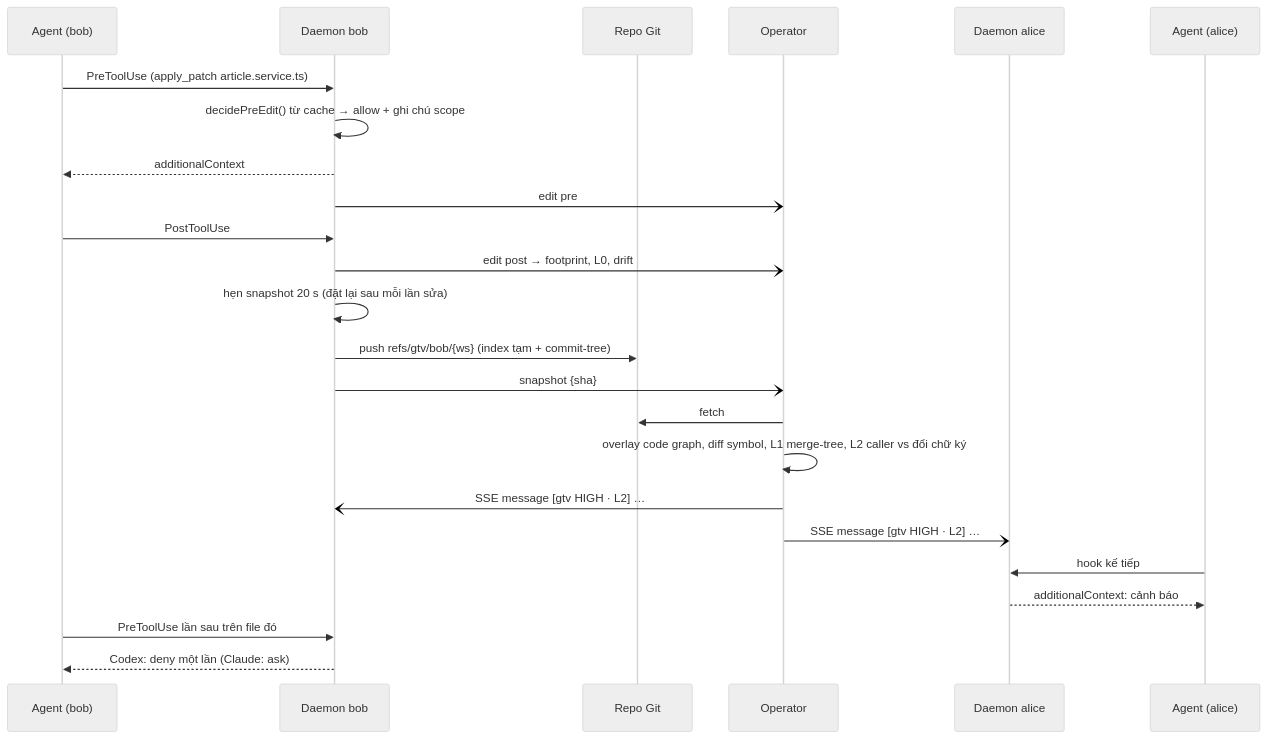
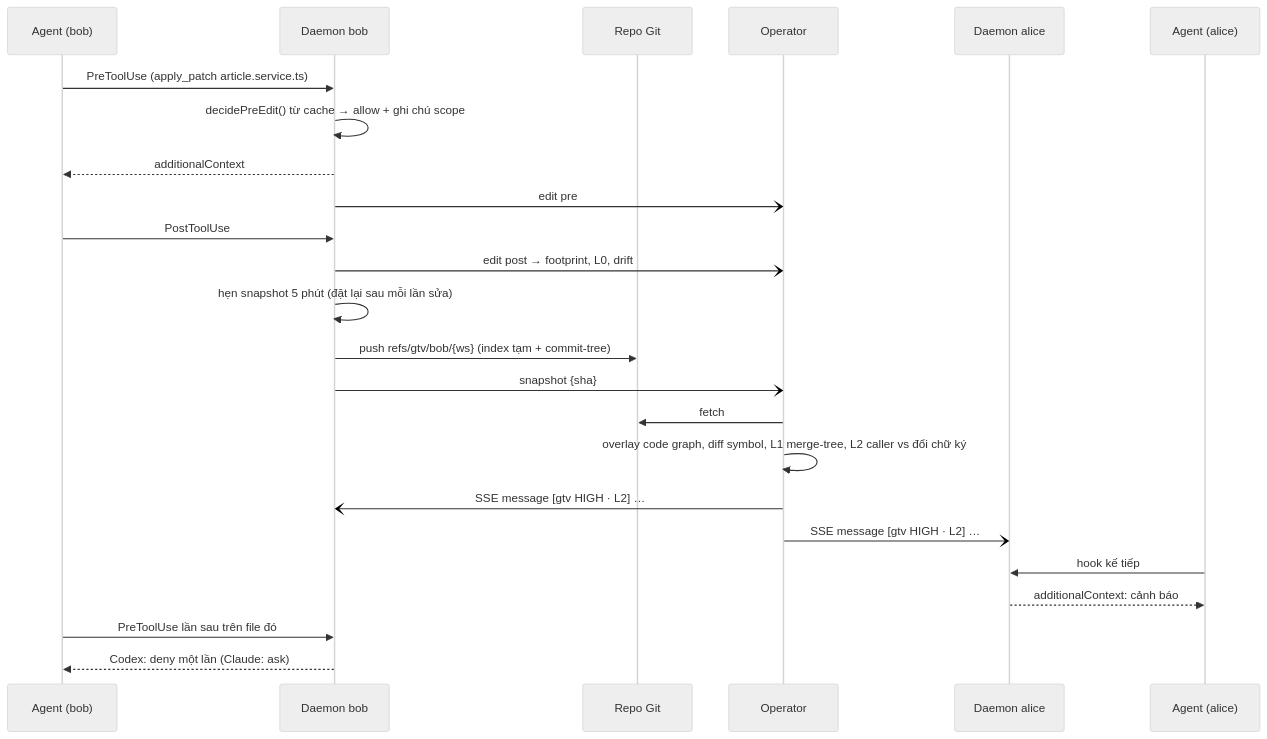
Before and after one commit to hienduc14/guide-the-vibe: the fifth of 7 diagrams in docs/hooks.md, drawn with Mermaid (neutral theme). The commit also changed other lines of this file and 7 other files, not shown here.

````diff
--- a/docs/hooks.md
+++ b/docs/hooks.md
@@ -176,26 +176,26 @@
 ```mermaid
 sequenceDiagram
   participant A as Agent (bob)
   participant D as Daemon bob
   participant G as Repo Git
   participant S as Operator
   participant D2 as Daemon alice
   participant A2 as Agent (alice)
   A->>D: PreToolUse (apply_patch article.service.ts)
   D->>D: decidePreEdit() từ cache → allow + ghi chú scope
   D-->>A: additionalContext
   D-)S: edit pre
   A->>D: PostToolUse
   D-)S: edit post → footprint, L0, drift
-  D->>D: hẹn snapshot 20 s (đặt lại sau mỗi lần sửa)
+  D->>D: hẹn snapshot 5 phút (đặt lại sau mỗi lần sửa)
   D->>G: push refs/gtv/bob/{ws} (index tạm + commit-tree)
   D-)S: snapshot {sha}
   S->>G: fetch
   S->>S: overlay code graph, diff symbol, L1 merge-tree, L2 caller vs đổi chữ ký
   S-)D: SSE message [gtv HIGH · L2] …
   S-)D2: SSE message [gtv HIGH · L2] …
   A2->>D2: hook kế tiếp
   D2-->>A2: additionalContext: cảnh báo
   A->>D: PreToolUse lần sau trên file đó
   D-->>A: Codex: deny một lần (Claude: ask)
 ```
````
